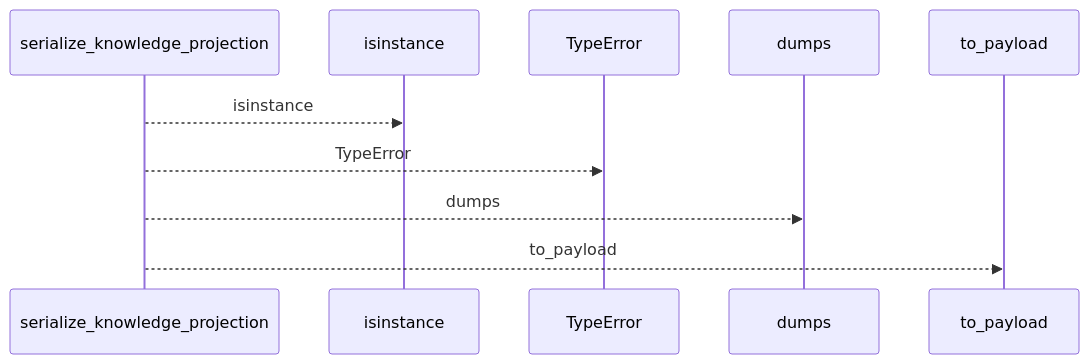
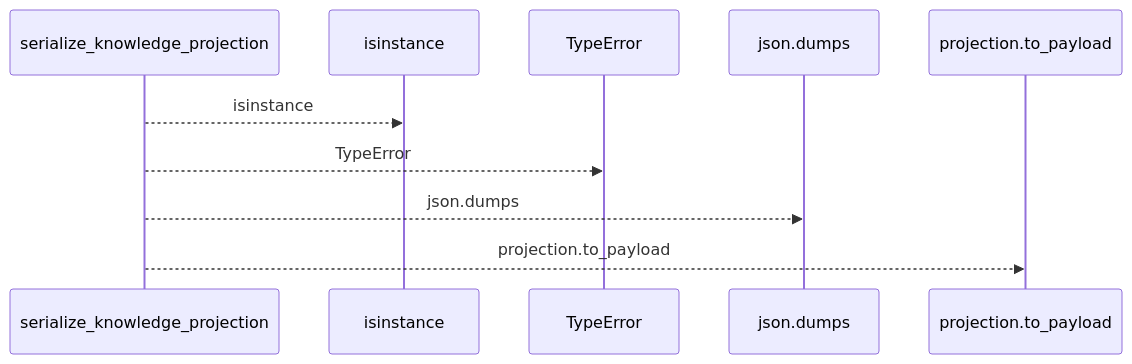
Before and after one commit to Denissvgn/python-wiki-llm: the first of 2 diagrams in docs/llm_wiki/flows/api-serialize_knowledge_projection.md, drawn with Mermaid. The commit also changed other lines of this file and 719 other files, not shown here.

````diff
--- a/docs/llm_wiki/flows/api-serialize_knowledge_projection.md
+++ b/docs/llm_wiki/flows/api-serialize_knowledge_projection.md
@@ -10,12 +10,12 @@
 ```mermaid
 sequenceDiagram
     participant p0 as serialize_knowledge_projection
     participant p1 as isinstance
     participant p2 as TypeError
-    participant p3 as dumps
-    participant p4 as to_payload
+    participant p3 as json.dumps
+    participant p4 as projection.to_payload
     p0-->>p1: isinstance
     p0-->>p2: TypeError
-    p0-->>p3: dumps
-    p0-->>p4: to_payload
+    p0-->>p3: json.dumps
+    p0-->>p4: projection.to_payload
 ```
````
